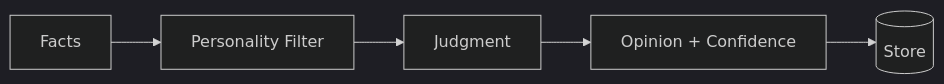
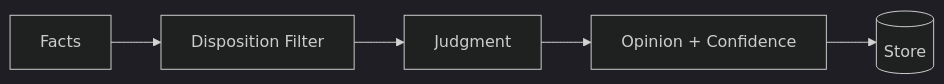
The diagram in hindsight-docs/docs/developer/api/opinions.md (karljsamuel/hindsight), drawn with Mermaid (dark theme) before and after one commit. The commit also changed other lines of this file and 92 other files, not shown here.

````diff
--- a/hindsight-docs/docs/developer/api/opinions.md
+++ b/hindsight-docs/docs/developer/api/opinions.md
@@ -34,7 +34,7 @@
 ```mermaid
 graph LR
-    F[Facts] --> P[Personality Filter]
-    P --> J[Judgment]
+    F[Facts] --> D[Disposition Filter]
+    D --> J[Judgment]
     J --> O[Opinion + Confidence]
     O --> S[(Store)]
 ```
````
